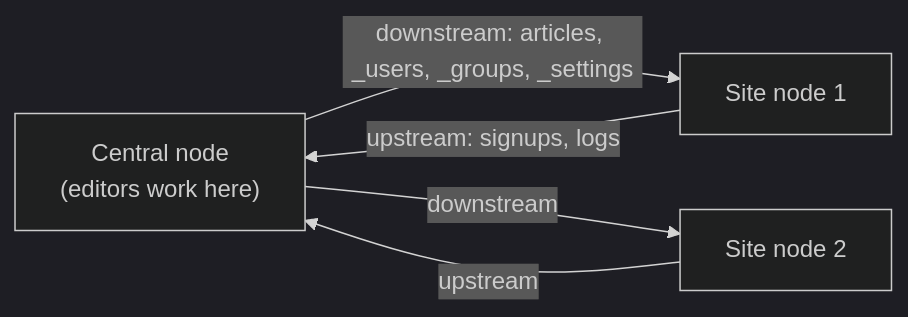
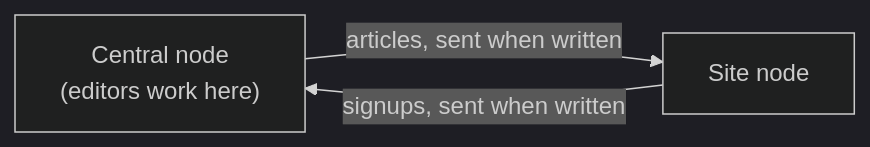
Before and after one commit to xiaodoudou/embed-cms: the second of 2 diagrams in docs/operations/REPLICATION.md, drawn with Mermaid (dark theme). The commit also changed other lines of this file and 1 other file, not shown here.

````diff
--- a/docs/operations/REPLICATION.md
+++ b/docs/operations/REPLICATION.md
@@ -92,10 +140,7 @@
 ```mermaid
 flowchart LR
   central["Central node<br/>(editors work here)"]
-  site1["Site node 1"]
-  site2["Site node 2"]
-  central -- "downstream: articles, _users, _groups, _settings" --> site1
-  central -- "downstream" --> site2
-  site1 -- "upstream: signups, logs" --> central
-  site2 -- "upstream" --> central
+  site["Site node"]
+  central -- "articles, sent when written" --> site
+  site -- "signups, sent when written" --> central
 ```
````
